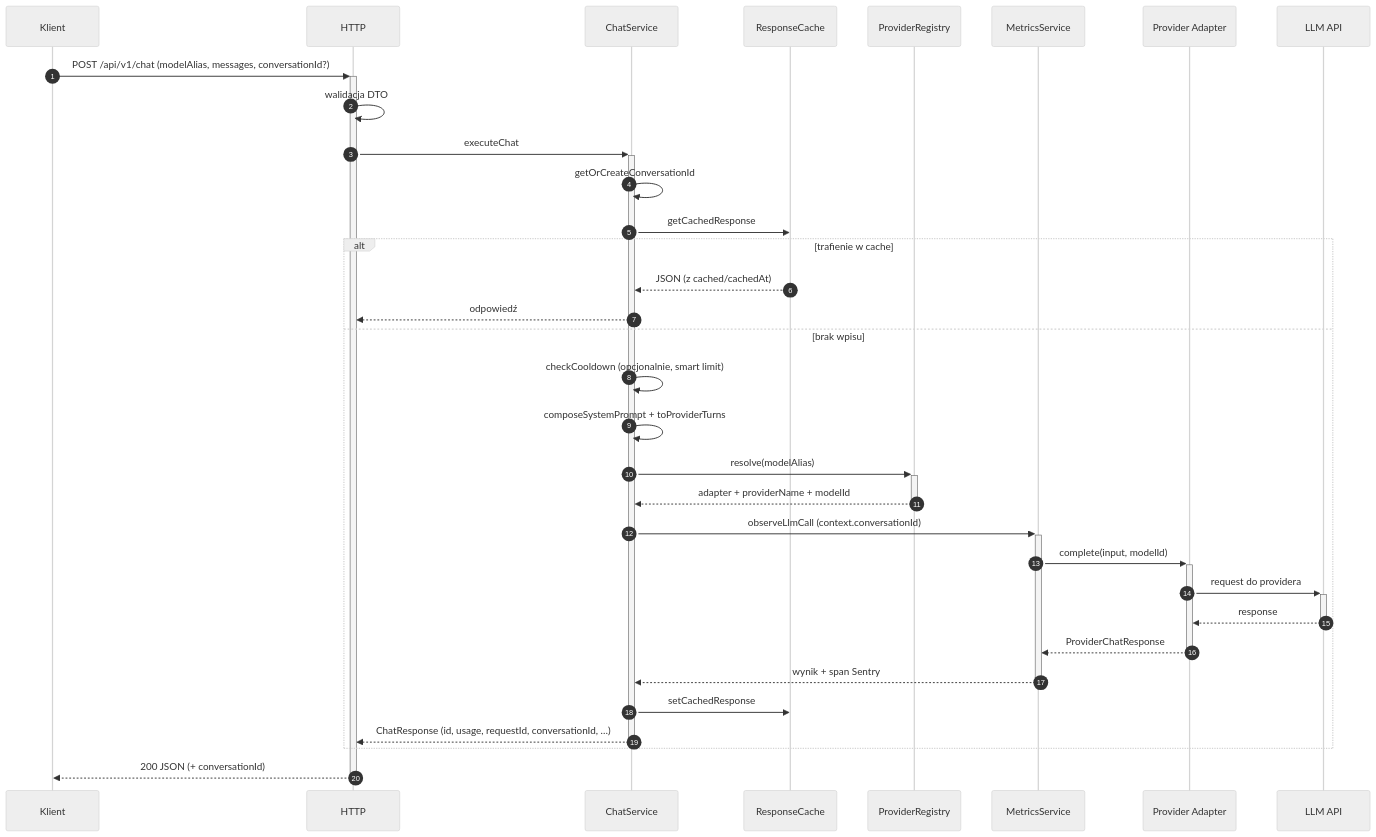
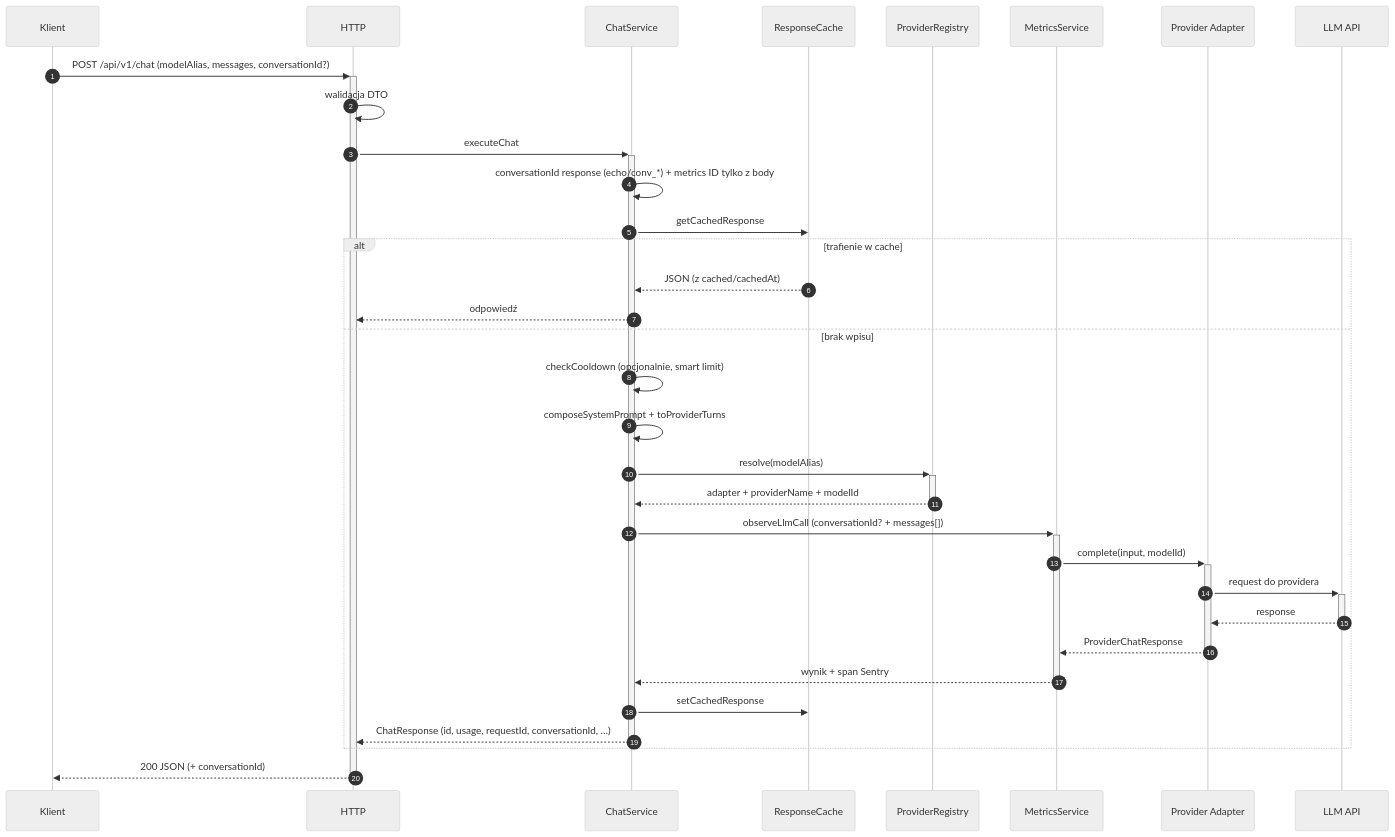
The second of 4 diagrams in docs/data_flow.md (matej2314/ai-provider-gateway), drawn with Mermaid (neutral theme) before and after one commit. The commit also changed other lines of this file and 18 other files, not shown here.

````diff
--- a/docs/data_flow.md
+++ b/docs/data_flow.md
@@ -51,36 +51,36 @@
 ```mermaid
 sequenceDiagram
   autonumber
   participant K as Klient
   participant H as HTTP
   participant S as ChatService
   participant C as ResponseCache
   participant R as ProviderRegistry
   participant M as MetricsService
   participant P as Provider Adapter
   participant A as LLM API
 
   K->>+H: POST /api/v1/chat (modelAlias, messages, conversationId?)
   H->>H: walidacja DTO
   H->>+S: executeChat
-  S->>S: getOrCreateConversationId
+  S->>S: conversationId response (echo/conv_*) + metrics ID tylko z body
   S->>C: getCachedResponse
   alt trafienie w cache
     C-->>S: JSON (z cached/cachedAt)
     S-->>H: odpowiedź
   else brak wpisu
     S->>S: checkCooldown (opcjonalnie, smart limit)
     S->>S: composeSystemPrompt + toProviderTurns
     S->>+R: resolve(modelAlias)
     R-->>-S: adapter + providerName + modelId
-    S->>+M: observeLlmCall (context.conversationId)
+    S->>+M: observeLlmCall (conversationId? + messages[])
     M->>+P: complete(input, modelId)
     P->>+A: request do providera
     A-->>-P: response
     P-->>-M: ProviderChatResponse
     M-->>-S: wynik + span Sentry
     S->>C: setCachedResponse
     S-->>-H: ChatResponse (id, usage, requestId, conversationId, …)
   end
   H-->>-K: 200 JSON (+ conversationId)
 ```
````
